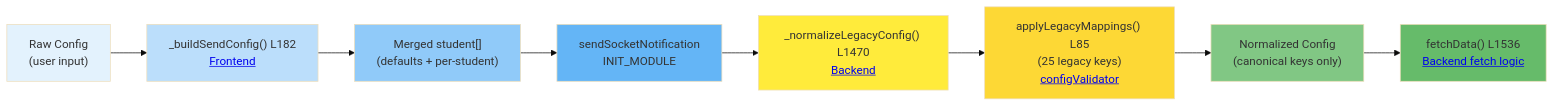
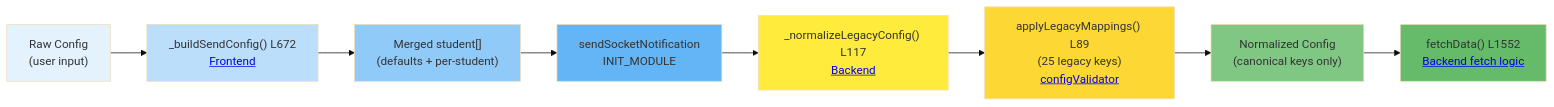
The fourth of 13 diagrams in docs/ARCHITECTURE.md (HeikoGr/MMM-Webuntis), drawn with Mermaid (base theme) before and after one commit. The commit also changed other lines of this file and 32 other files, not shown here.

````diff
--- a/docs/ARCHITECTURE.md
+++ b/docs/ARCHITECTURE.md
@@ -478,20 +502,20 @@
 ```mermaid
 graph LR
     A["Raw Config<br/>(user input)"]:::input
-    --> B["_buildSendConfig() L182<br/><a href='../MMM-Webuntis.js#L182'>Frontend</a>"]:::frontend
+    --> B["_buildSendConfig() L672<br/><a href='../MMM-Webuntis.js#L672'>Frontend</a>"]:::frontend
     --> C["Merged student[]<br/>(defaults + per-student)"]:::merged
     --> D["sendSocketNotification<br/>INIT_MODULE"]:::socket
-    --> E["_normalizeLegacyConfig() L1470<br/><a href='../node_helper.js#L1470'>Backend</a>"]:::backend
-    --> F["applyLegacyMappings() L85<br/>(25 legacy keys)<br/><a href='../lib/configValidator.js#L85'>configValidator</a>"]:::validator
+    --> E["_normalizeLegacyConfig() L117<br/><a href='../node_helper.js#L117'>Backend</a>"]:::backend
+    --> F["applyLegacyMappings() L89<br/>(25 legacy keys)<br/><a href='../lib/configValidator.js#L89'>configValidator</a>"]:::validator
     --> G["Normalized Config<br/>(canonical keys only)"]:::normalized
-    --> H["fetchData() L1536<br/><a href='../node_helper.js#L1536'>Backend fetch logic</a>"]:::fetch
+    --> H["fetchData() L1552<br/><a href='../node_helper.js#L1552'>Backend fetch logic</a>"]:::fetch
 
     classDef input fill:#e3f2fd
     classDef frontend fill:#bbdefb
     classDef merged fill:#90caf9
     classDef socket fill:#64b5f6
     classDef backend fill:#ffeb3b
     classDef validator fill:#fdd835
     classDef normalized fill:#81c784
     classDef fetch fill:#66bb6a
 ```
````
